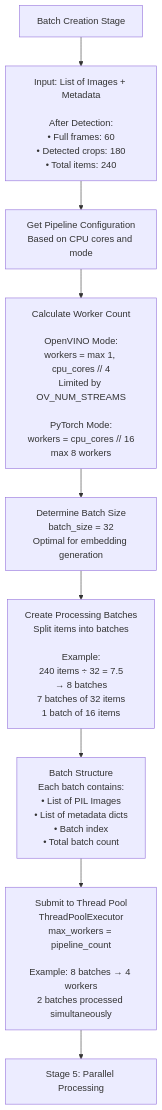
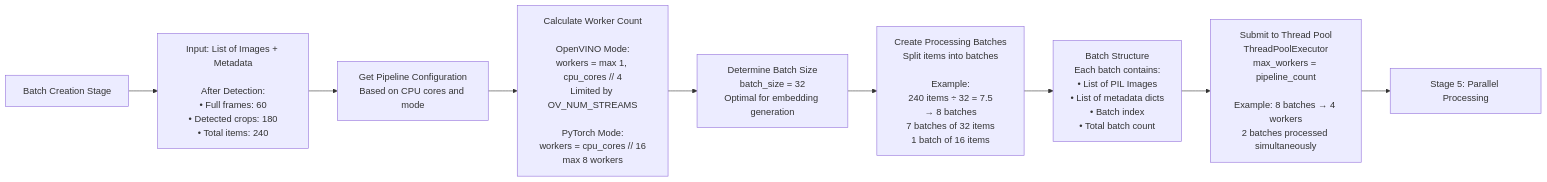
One commit to open-edge-platform/edge-ai-libraries changed the fifth of 10 diagrams in microservices/visual-data-preparation-for-retrieval/multimodal-dataprep/docs/user-guide/how-it-works-ingestion-flow.md. Above: the diagram before and after it, drawn with Mermaid. The commit also changed other lines of this file, not shown here.

Commit message:
adjust diagram orientation

````diff
--- a/microservices/visual-data-preparation-for-retrieval/multimodal-dataprep/docs/user-guide/how-it-works-ingestion-flow.md
+++ b/microservices/visual-data-preparation-for-retrieval/multimodal-dataprep/docs/user-guide/how-it-works-ingestion-flow.md
@@ -210,20 +210,20 @@
 ```mermaid
-flowchart TD
+flowchart LR
     START[Batch Creation Stage] --> INPUT[Input: List of Images + Metadata<br/><br/>After Detection:<br/>• Full frames: 60<br/>• Detected crops: 180<br/>• Total items: 240]
 
     INPUT --> CONFIG[Get Pipeline Configuration<br/>Based on CPU cores and mode]
 
     CONFIG --> CALC_WORKERS[Calculate Worker Count<br/><br/>OpenVINO Mode:<br/>workers = max 1, cpu_cores // 4<br/>Limited by OV_NUM_STREAMS<br/><br/>PyTorch Mode:<br/>workers = cpu_cores // 16<br/>max 8 workers]
 
     CALC_WORKERS --> CALC_BATCH[Determine Batch Size<br/>batch_size = 32<br/>Optimal for embedding generation]
 
     CALC_BATCH --> CREATE_BATCHES[Create Processing Batches<br/>Split items into batches<br/><br/>Example:<br/>240 items ÷ 32 = 7.5<br/>→ 8 batches<br/>7 batches of 32 items<br/>1 batch of 16 items]
 
     CREATE_BATCHES --> BATCH_STRUCT[Batch Structure<br/>Each batch contains:<br/>• List of PIL Images<br/>• List of metadata dicts<br/>• Batch index<br/>• Total batch count]
 
     BATCH_STRUCT --> SUBMIT[Submit to Thread Pool<br/>ThreadPoolExecutor<br/>max_workers = pipeline_count<br/><br/>Example: 8 batches → 4 workers<br/>2 batches processed simultaneously]
 
     SUBMIT --> PARALLEL[Stage 5: Parallel Processing]
 
 
 ```
````
